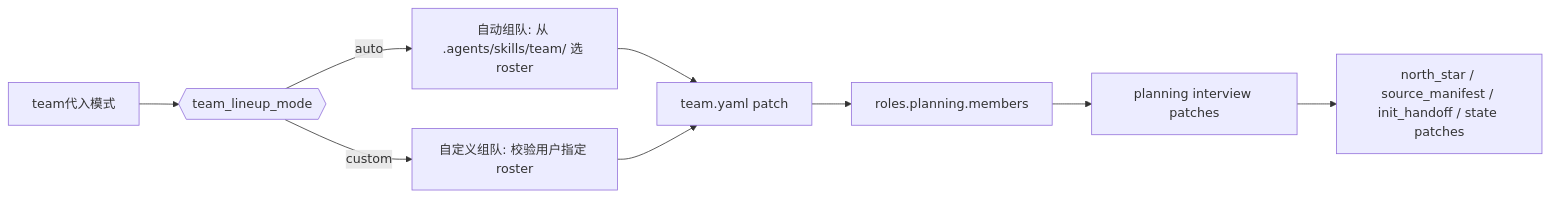
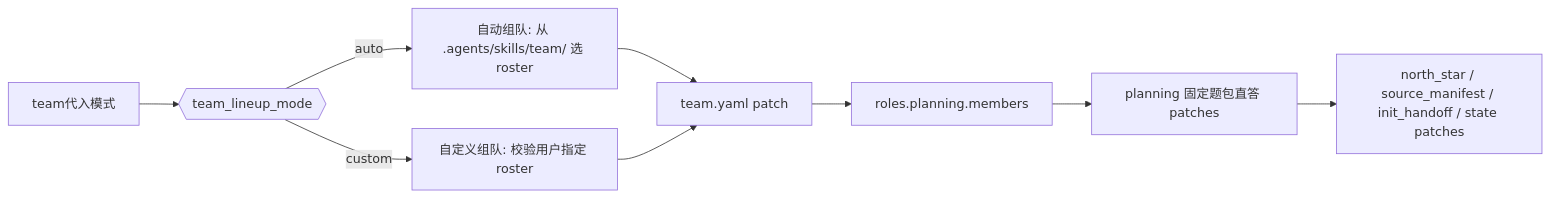
The second of 4 diagrams in .agents/skills/story/0-Init/SKILL.md (ZEN-VOID/AI-CUT), drawn with Mermaid before and after one commit. The commit also changed other lines of this file and 234 other files, not shown here.

````diff
--- a/.agents/skills/story/0-Init/SKILL.md
+++ b/.agents/skills/story/0-Init/SKILL.md
@@ -111,11 +111,11 @@
 ```mermaid
 flowchart LR
     A["team代入模式"] --> B{{"team_lineup_mode"}}
     B -->|"auto"| C["自动组队: 从 .agents/skills/team/ 选 roster"]
     B -->|"custom"| D["自定义组队: 校验用户指定 roster"]
     C --> E["team.yaml patch"]
     D --> E
     E --> F["roles.planning.members"]
-    F --> G["planning interview patches"]
+    F --> G["planning 固定题包直答 patches"]
     G --> H["north_star / source_manifest / init_handoff / state patches"]
 ```
````
